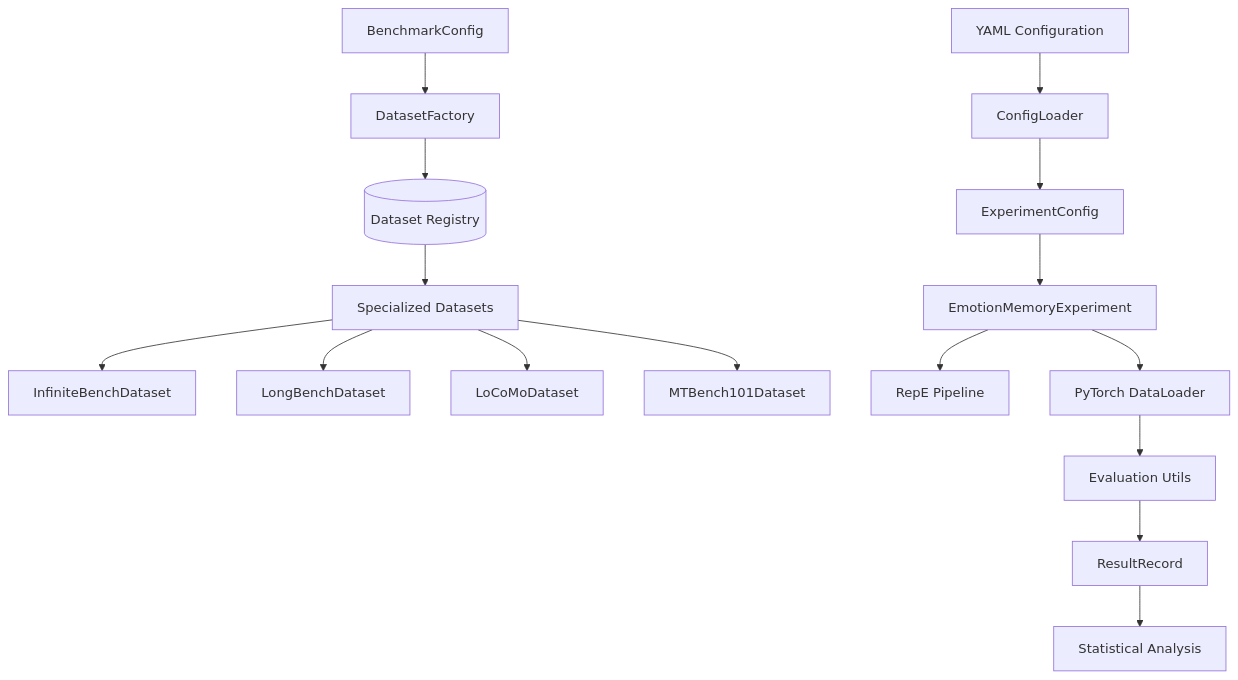
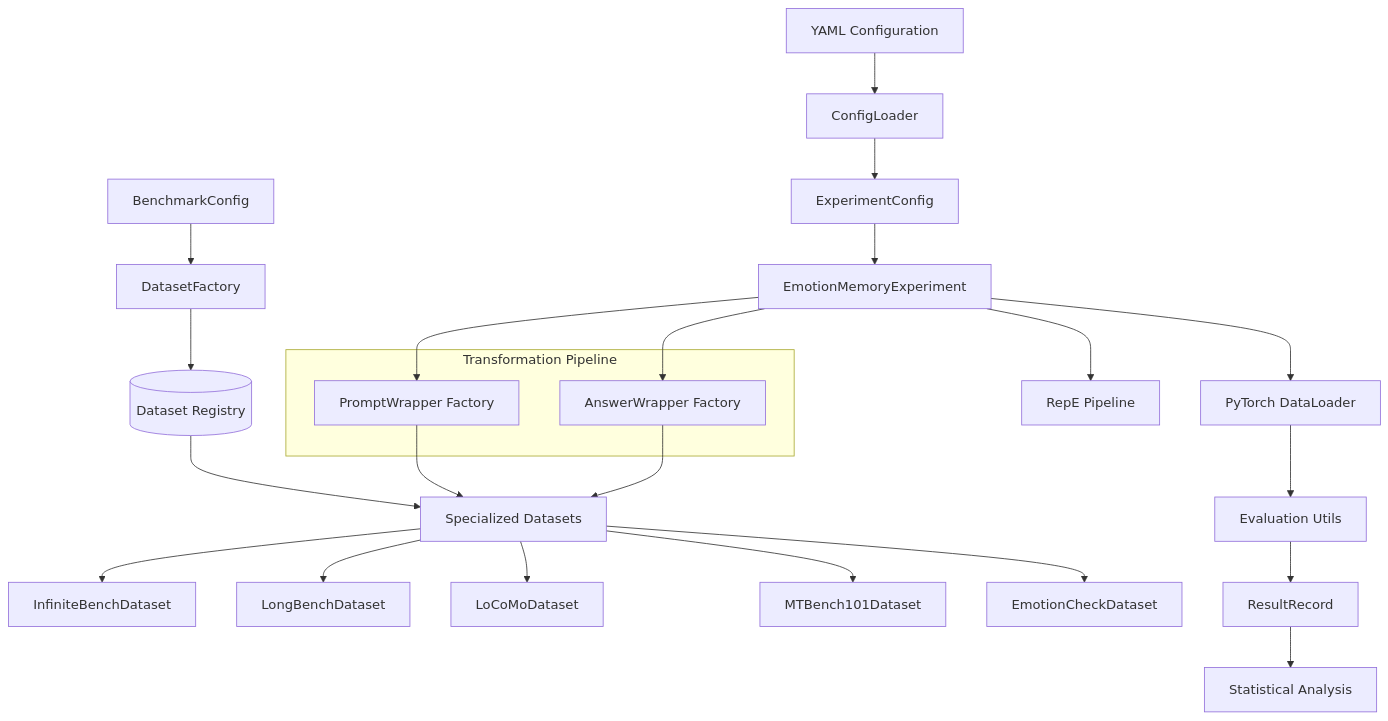
Before and after one commit to linmou/LLM_EmoBehav_game_theory: the diagram in emotion_memory_experiments/claude_doc/emotion_memory_experiments_architecture_overview.md, drawn with Mermaid. The commit also changed other lines of this file and 3 other files, not shown here.

````diff
--- a/emotion_memory_experiments/claude_doc/emotion_memory_experiments_architecture_overview.md
+++ b/emotion_memory_experiments/claude_doc/emotion_memory_experiments_architecture_overview.md
@@ -28,22 +28,33 @@
 ```mermaid
 graph TB
     Config[YAML Configuration] --> Loader[ConfigLoader]
     Loader --> ExpConfig[ExperimentConfig]
     ExpConfig --> Experiment[EmotionMemoryExperiment]
     
     BenchConfig[BenchmarkConfig] --> Factory[DatasetFactory]
     Factory --> Registry[(Dataset Registry)]
     Registry --> Specialized[Specialized Datasets]
     
     Specialized --> InfiniteBench[InfiniteBenchDataset]
     Specialized --> LongBench[LongBenchDataset] 
     Specialized --> LoCoMo[LoCoMoDataset]
     Specialized --> MTBench101[MTBench101Dataset]
+    Specialized --> EmotionCheck[EmotionCheckDataset]
     
+    subgraph "Transformation Pipeline"
+        PromptWrapper[PromptWrapper Factory]
+        AnswerWrapper[AnswerWrapper Factory]
+    end
+    
+    Experiment --> PromptWrapper
+    Experiment --> AnswerWrapper
     Experiment --> RepE[RepE Pipeline]
     Experiment --> DataLoader[PyTorch DataLoader]
+    
+    PromptWrapper --> Specialized
+    AnswerWrapper --> Specialized
     DataLoader --> Evaluation[Evaluation Utils]
     
     Evaluation --> Results[ResultRecord]
     Results --> Analysis[Statistical Analysis]
 ```
````
